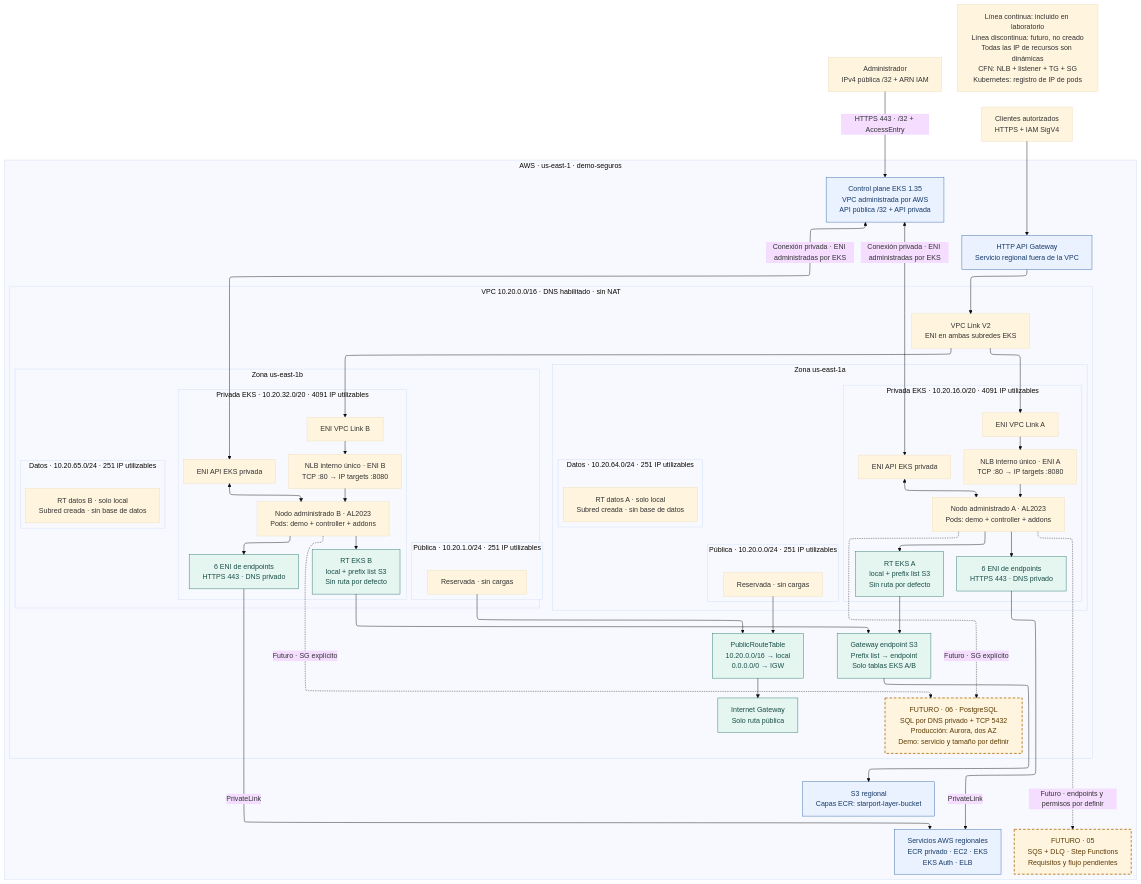
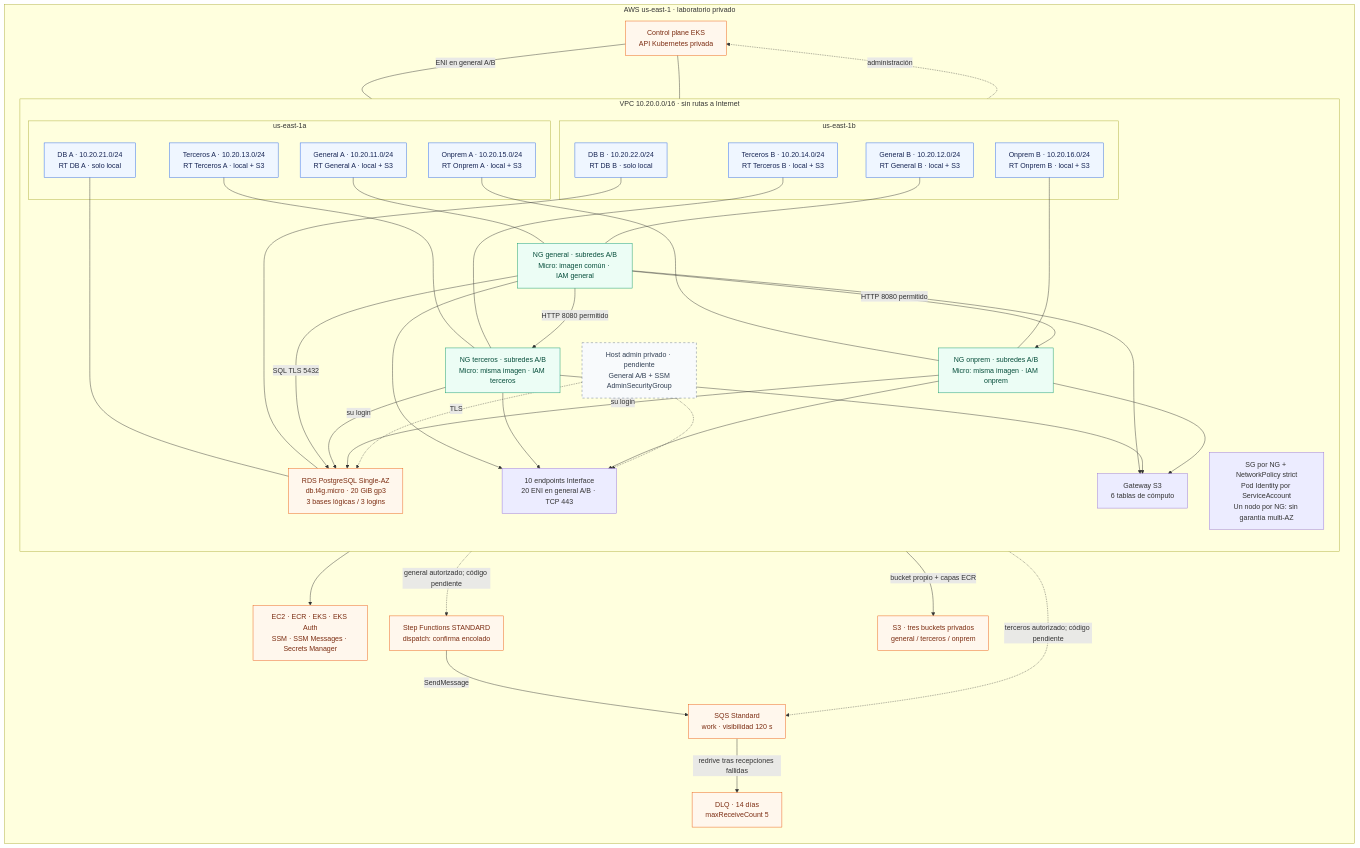
The diagram in aws/diagrams/network.mmd (Mercally/micro-test), drawn with Mermaid before and after one commit. The commit also changed 32 other files, not shown here.

```diff
--- a/aws/diagrams/network.mmd
+++ b/aws/diagrams/network.mmd
@@ -1,86 +1,71 @@
----
-config:
-  layout: elk
-  theme: base
-  themeVariables:
-    fontFamily: Arial
-    fontSize: 16px
-  flowchart:
-    wrappingWidth: 260
----
 flowchart TB
-  users["Clientes autorizados<br/>HTTPS + IAM SigV4"]
-  admin["Administrador<br/>IPv4 pública /32 + ARN IAM"]
-  subgraph region["AWS · us-east-1 · demo-seguros"]
-    api["HTTP API Gateway<br/>Servicio regional fuera de la VPC"]
-    cp["Control plane EKS 1.35<br/>VPC administrada por AWS<br/>API pública /32 + API privada"]
-    awsapis["Servicios AWS regionales<br/>ECR privado · EC2 · EKS<br/>EKS Auth · ELB"]
-    s3["S3 regional<br/>Capas ECR: starport-layer-bucket"]
-    futureMsg["FUTURO · 05<br/>SQS + DLQ · Step Functions<br/>Requisitos y flujo pendientes"]
-    subgraph vpc["VPC 10.20.0.0/16 · DNS habilitado · sin NAT"]
-      igw["Internet Gateway<br/>Solo ruta pública"]
-      publicrt["PublicRouteTable<br/>10.20.0.0/16 → local<br/>0.0.0.0/0 → IGW"]
-      link["VPC Link V2<br/>ENI en ambas subredes EKS"]
-      s3ep["Gateway endpoint S3<br/>Prefix list → endpoint<br/>Solo tablas EKS A/B"]
-      subgraph aza["Zona us-east-1a"]
-        subgraph publicA["Pública · 10.20.0.0/24 · 251 IP utilizables"]
-          pa["Reservada · sin cargas"]
-        end
-        subgraph eksA["Privada EKS · 10.20.16.0/20 · 4091 IP utilizables"]
-          rta["RT EKS A<br/>local + prefix list S3<br/>Sin ruta por defecto"]
-          ena["ENI API EKS privada"]
-          epa["6 ENI de endpoints<br/>HTTPS 443 · DNS privado"]
-          la["ENI VPC Link A"]
-          nlba["NLB interno único · ENI A<br/>TCP :80 → IP targets :8080"]
-          na["Nodo administrado A · AL2023<br/>Pods: demo + controller + addons"]
-        end
-        subgraph dataA["Datos · 10.20.64.0/24 · 251 IP utilizables"]
-          da["RT datos A · solo local<br/>Subred creada · sin base de datos"]
-        end
+  subgraph region["AWS us-east-1 · laboratorio privado"]
+    direction TB
+    EKS["Control plane EKS\nAPI Kubernetes privada"]
+    SF["Step Functions STANDARD\ndispatch: confirma encolado"]
+    Q["SQS Standard\nwork · visibilidad 120 s"]
+    DLQ["DLQ · 14 días\nmaxReceiveCount 5"]
+    S3["S3 · tres buckets privados\ngeneral / terceros / onprem"]
+    AWSAPI["EC2 · ECR · EKS · EKS Auth\nSSM · SSM Messages · Secrets Manager"]
+    subgraph vpc["VPC 10.20.0.0/16 · sin rutas a Internet"]
+      direction TB
+      subgraph aza["us-east-1a"]
+        GA["General A · 10.20.11.0/24\nRT General A · local + S3"]
+        TA["Terceros A · 10.20.13.0/24\nRT Terceros A · local + S3"]
+        OA["Onprem A · 10.20.15.0/24\nRT Onprem A · local + S3"]
+        DA["DB A · 10.20.21.0/24\nRT DB A · solo local"]
       end
-      subgraph azb["Zona us-east-1b"]
-        subgraph publicB["Pública · 10.20.1.0/24 · 251 IP utilizables"]
-          pb["Reservada · sin cargas"]
-        end
-        subgraph eksB["Privada EKS · 10.20.32.0/20 · 4091 IP utilizables"]
-          rtb["RT EKS B<br/>local + prefix list S3<br/>Sin ruta por defecto"]
-          enb["ENI API EKS privada"]
-          epb["6 ENI de endpoints<br/>HTTPS 443 · DNS privado"]
-          lb["ENI VPC Link B"]
-          nlbb["NLB interno único · ENI B<br/>TCP :80 → IP targets :8080"]
-          nb["Nodo administrado B · AL2023<br/>Pods: demo + controller + addons"]
-        end
-        subgraph dataB["Datos · 10.20.65.0/24 · 251 IP utilizables"]
-          db["RT datos B · solo local<br/>Subred creada · sin base de datos"]
-        end
+      subgraph azb["us-east-1b"]
+        GB["General B · 10.20.12.0/24\nRT General B · local + S3"]
+        TB["Terceros B · 10.20.14.0/24\nRT Terceros B · local + S3"]
+        OB["Onprem B · 10.20.16.0/24\nRT Onprem B · local + S3"]
+        DB["DB B · 10.20.22.0/24\nRT DB B · solo local"]
       end
-      futureDB["FUTURO · 06 · PostgreSQL<br/>SQL por DNS privado + TCP 5432<br/>Producción: Aurora, dos AZ<br/>Demo: servicio y tamaño por definir"]
+      G["NG general · subredes A/B\nMicro: imagen común · IAM general"]
+      T["NG terceros · subredes A/B\nMicro: misma imagen · IAM terceros"]
+      O["NG onprem · subredes A/B\nMicro: misma imagen · IAM onprem"]
+      RDS["RDS PostgreSQL Single-AZ\ndb.t4g.micro · 20 GiB gp3\n3 bases lógicas / 3 logins"]
+      EP["10 endpoints Interface\n20 ENI en general A/B · TCP 443"]
+      S3EP["Gateway S3\n6 tablas de cómputo"]
+      ADMIN["Host admin privado · pendiente\nGeneral A/B + SSM\nAdminSecurityGroup"]
+      SECURITY["SG por NG + NetworkPolicy strict\nPod Identity por ServiceAccount\nUn nodo por NG: sin garantía multi-AZ"]
     end
+    GA --- G
+    GB --- G
+    TA --- T
+    TB --- T
+    OA --- O
+    OB --- O
+    DA --- RDS
+    DB --- RDS
+    EKS ---|"ENI en general A/B"| GA
+    EKS --- GB
+    G -->|"HTTP 8080 permitido"| T
+    G -->|"HTTP 8080 permitido"| O
+    G -->|"SQL TLS 5432"| RDS
+    T -->|"su login"| RDS
+    O -->|"su login"| RDS
+    G --> EP
+    T --> EP
+    O --> EP
+    EP --> AWSAPI
+    EP -.->|"general autorizado; código pendiente"| SF
+    EP -.->|"terceros autorizado; código pendiente"| Q
+    SF -->|"SendMessage"| Q
+    Q -->|"redrive tras recepciones fallidas"| DLQ
+    G --> S3EP
+    T --> S3EP
+    O --> S3EP
+    S3EP -->|"bucket propio + capas ECR"| S3
+    ADMIN -.->|"administración"| EKS
+    ADMIN -.->|"TLS"| RDS
+    ADMIN -.-> EP
   end
-  users --> api
-  admin -->|"HTTPS 443 · /32 + AccessEntry"| cp
-  api --> link
-  link --> la & lb
-  la --> nlba --> na
-  lb --> nlbb --> nb
-  cp <-->|"Conexión privada · ENI administradas por EKS"| ena & enb
-  ena <--> na
-  enb <--> nb
-  na --> epa
-  nb --> epb
-  epa & epb -->|"PrivateLink"| awsapis
-  na --> rta
-  nb --> rtb
-  rta & rtb --> s3ep
-  s3ep --> s3
-  pa & pb --> publicrt
-  publicrt --> igw
-  na & nb -.->|"Futuro · SG explícito"| futureDB
-  na -.->|"Futuro · endpoints y permisos por definir"| futureMsg
-  legend["Línea continua: incluido en laboratorio<br/>Línea discontinua: futuro, no creado<br/>Todas las IP de recursos son dinámicas<br/>CFN: NLB + listener + TG + SG<br/>Kubernetes: registro de IP de pods"]
-  classDef future fill:#fff5df,stroke:#b7791f,stroke-width:2px,stroke-dasharray:6 4,color:#5d3b04
-  classDef managed fill:#eaf1ff,stroke:#3465a4,color:#173b68
-  classDef net fill:#e5f5f0,stroke:#28766b,color:#194f47
-  class futureMsg,futureDB future
-  class api,cp,awsapis,s3 managed
-  class igw,publicrt,rta,rtb,s3ep,epa,epb net
+  classDef subnet fill:#eff6ff,stroke:#2563eb,color:#172554
+  classDef app fill:#ecfdf5,stroke:#059669,color:#064e3b
+  classDef managed fill:#fff7ed,stroke:#ea580c,color:#7c2d12
+  classDef pending fill:#f8fafc,stroke:#64748b,stroke-dasharray:5 5,color:#334155
+  class GA,GB,TA,TB,OA,OB,DA,DB subnet
+  class G,T,O app
+  class EKS,SF,Q,DLQ,RDS,S3,AWSAPI managed
+  class ADMIN pending
```
